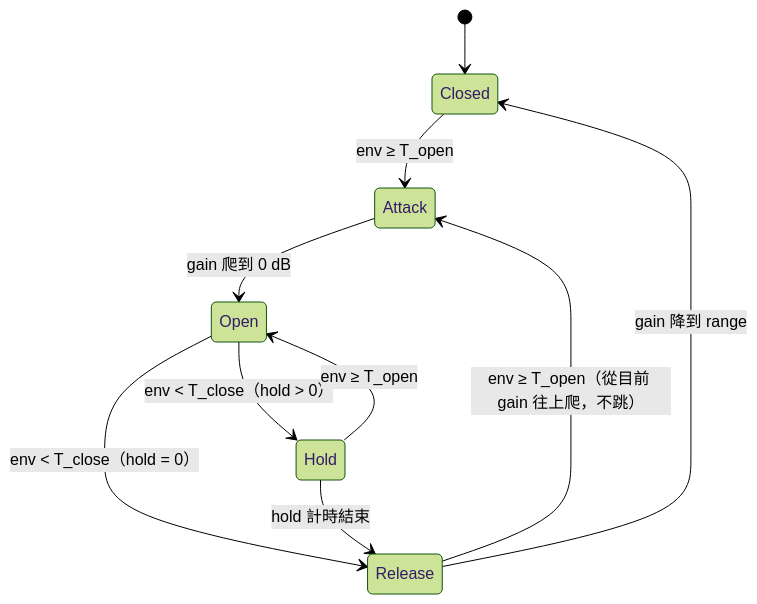
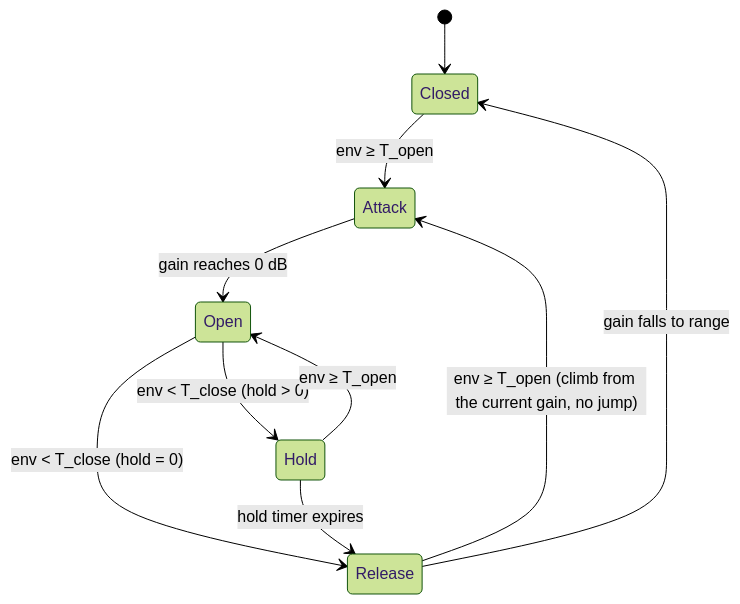
Before and after one commit to TomHsieh300/DAW-for-fun: the diagram in lessons/08-gate-expander/README.md, drawn with Mermaid (forest theme). The commit also changed other lines of this file and 24 other files, not shown here.

````diff
--- a/lessons/08-gate-expander/README.md
+++ b/lessons/08-gate-expander/README.md
@@ -209,12 +211,12 @@
 ```mermaid
 stateDiagram-v2
     [*] --> Closed
     Closed --> Attack: env ≥ T_open
-    Attack --> Open: gain 爬到 0 dB
-    Open --> Hold: env < T_close（hold > 0）
-    Open --> Release: env < T_close（hold = 0）
+    Attack --> Open: gain reaches 0 dB
+    Open --> Hold: env < T_close (hold > 0)
+    Open --> Release: env < T_close (hold = 0)
     Hold --> Open: env ≥ T_open
-    Hold --> Release: hold 計時結束
-    Release --> Attack: env ≥ T_open（從目前 gain 往上爬，不跳）
-    Release --> Closed: gain 降到 range
+    Hold --> Release: hold timer expires
+    Release --> Attack: env ≥ T_open (climb from the current gain, no jump)
+    Release --> Closed: gain falls to range
 ```
````
